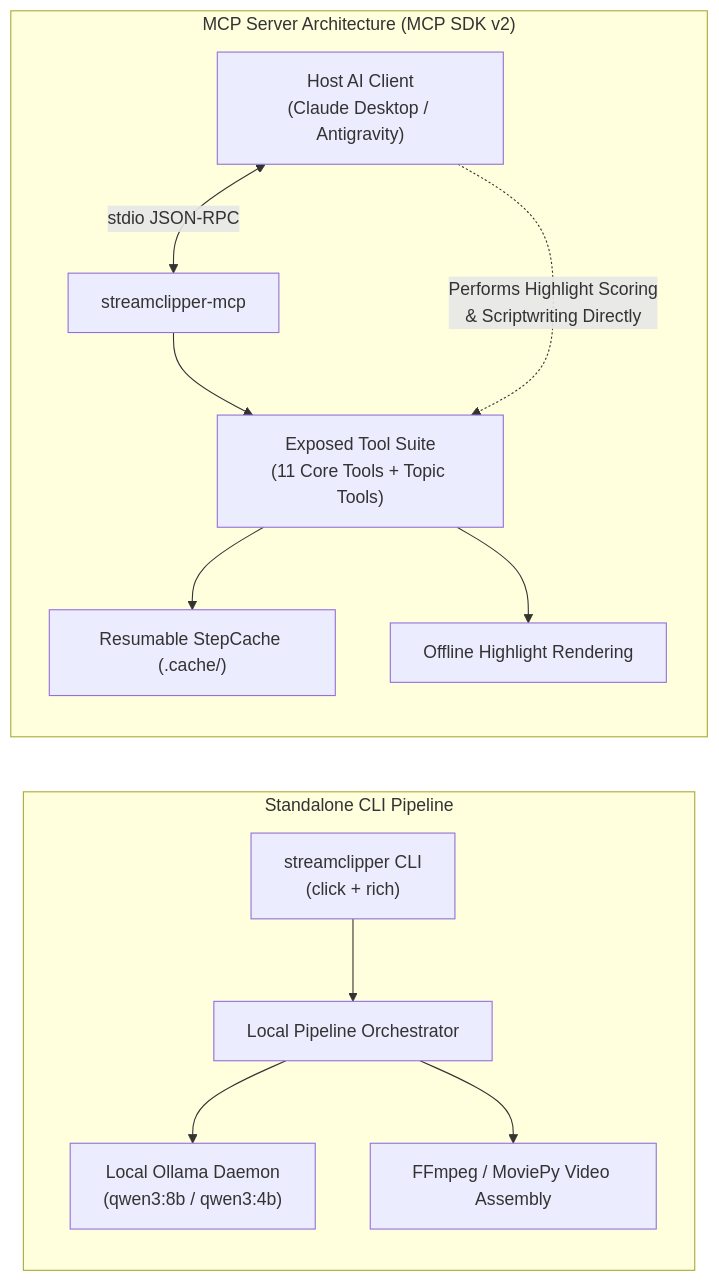
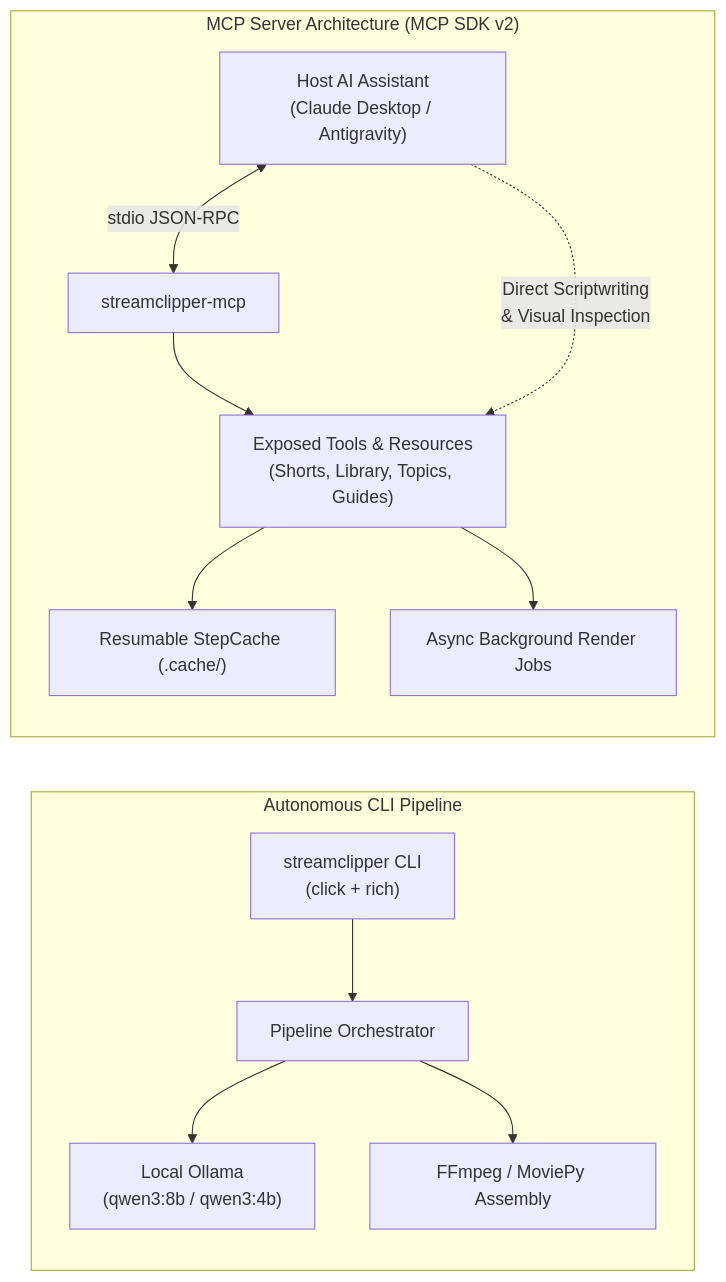
Before and after one commit to PrakashD2003/Clipper: the second of 4 diagrams in README.md, drawn with Mermaid. The commit also changed other lines of this file, not shown here.

Commit message:
docs: update README with v4 dual-channel profiles, topic videos, BGM/SFX suite, and MCP operator guide

````diff
--- a/README.md
+++ b/README.md
@@ -79,16 +85,16 @@
 ```mermaid
 flowchart LR
-    subgraph StandaloneCLI ["Standalone CLI Pipeline"]
-        CLI["streamclipper CLI<br/>(click + rich)"] --> Orch["Local Pipeline Orchestrator"]
-        Orch --> LocalOllama["Local Ollama Daemon<br/>(qwen3:8b / qwen3:4b)"]
-        Orch --> LocalRend["FFmpeg / MoviePy Video Assembly"]
+    subgraph StandaloneCLI ["Autonomous CLI Pipeline"]
+        CLI["streamclipper CLI<br/>(click + rich)"] --> Orch["Pipeline Orchestrator"]
+        Orch --> LocalOllama["Local Ollama<br/>(qwen3:8b / qwen3:4b)"]
+        Orch --> LocalRend["FFmpeg / MoviePy Assembly"]
     end
 
     subgraph MCPServerMode ["MCP Server Architecture (MCP SDK v2)"]
-        Client["Host AI Client<br/>(Claude Desktop / Antigravity)"] <-->|"stdio JSON-RPC"| MCPEntry["streamclipper-mcp"]
-        MCPEntry --> ToolRegistry["Exposed Tool Suite<br/>(11 Core Tools + Topic Tools)"]
+        Client["Host AI Assistant<br/>(Claude Desktop / Antigravity)"] <-->|"stdio JSON-RPC"| MCPEntry["streamclipper-mcp"]
+        MCPEntry --> ToolRegistry["Exposed Tools & Resources<br/>(Shorts, Library, Topics, Guides)"]
         ToolRegistry --> StepCache["Resumable StepCache (.cache/)"]
-        ToolRegistry --> HeadlessRender["Offline Highlight Rendering"]
-        Client -.->|"Performs Highlight Scoring<br/>& Scriptwriting Directly"| ToolRegistry
+        ToolRegistry --> AsyncWorker["Async Background Render Jobs"]
+        Client -.->|"Direct Scriptwriting<br/>& Visual Inspection"| ToolRegistry
     end
 ```
````
